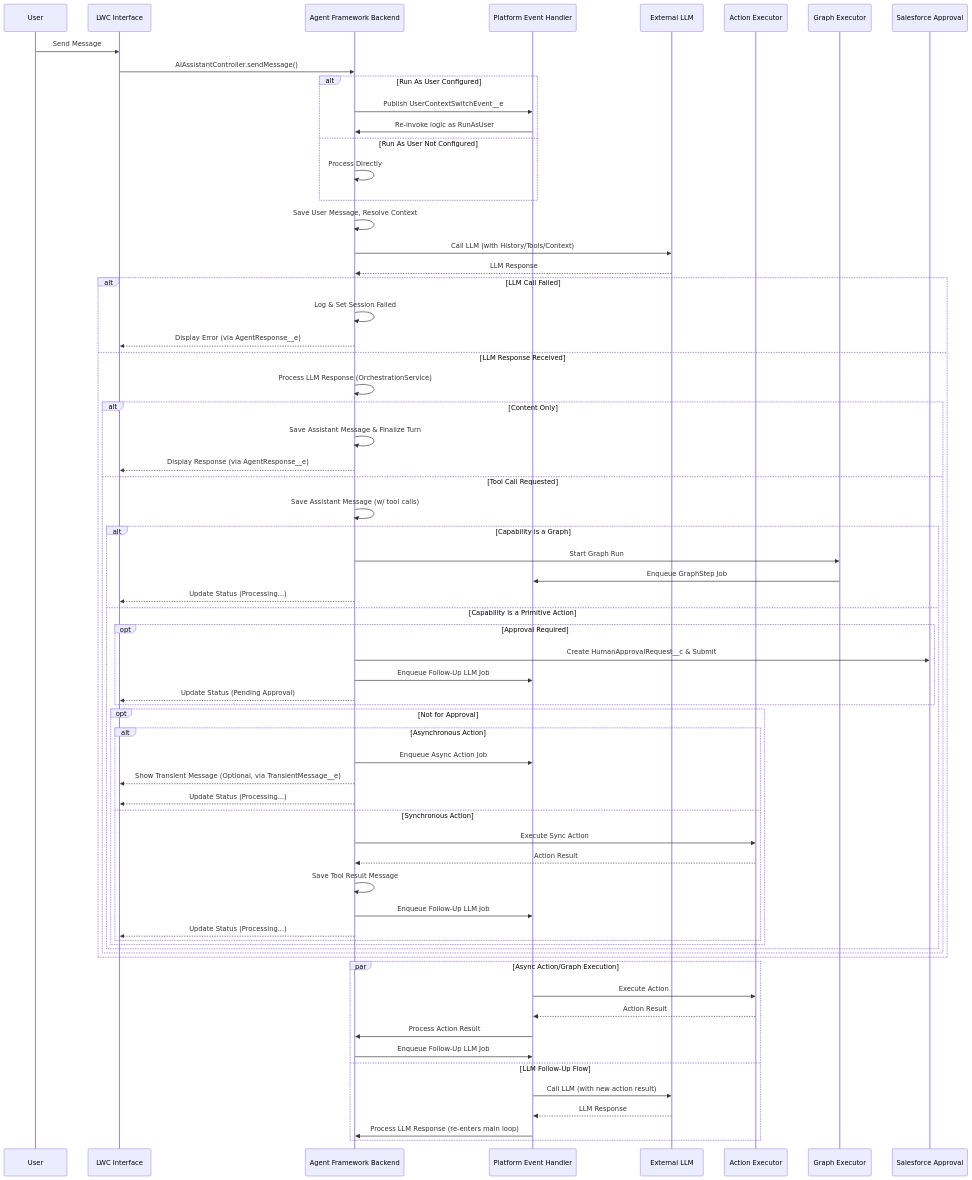
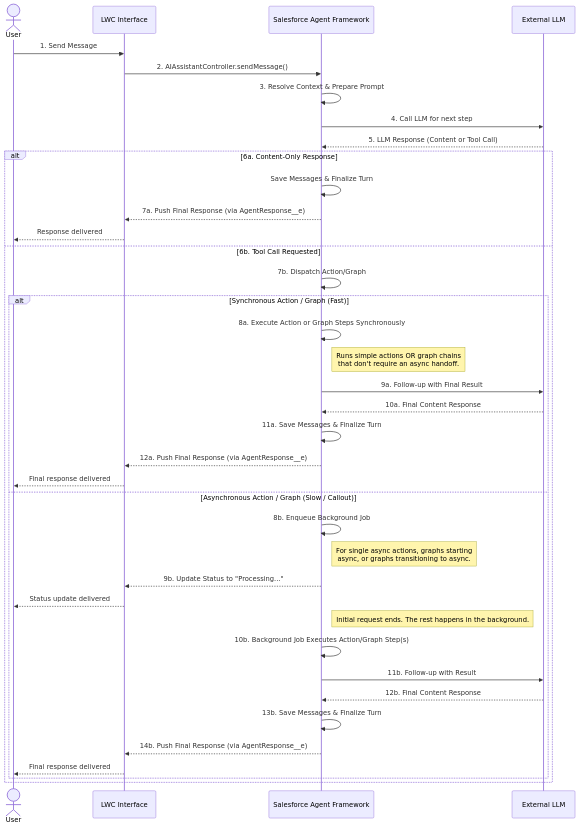
The diagram in README.md (iamsonal/aiAgentStudio), drawn with Mermaid before and after one commit. The commit also changed other lines of this file, not shown here.

````diff
--- a/README.md
+++ b/README.md
@@ -88,76 +120,45 @@
 ```mermaid
 sequenceDiagram
-    participant U as User
+    actor U as User
     participant UI as LWC Interface
-    participant Backend as Agent Framework Backend
-    participant PE_Handler as Platform Event Handler
+    participant SF as Salesforce Agent Framework
     participant LLM as External LLM
-    participant ActionExecutor as Action Executor
-    participant GraphExecutor as Graph Executor
-    participant ApprovalProcess as Salesforce Approval
-
-    U->>UI: Send Message
-    UI->>Backend: AIAssistantController.sendMessage()
     
-    alt Run As User Configured
-        Backend->>PE_Handler: Publish UserContextSwitchEvent__e
-        PE_Handler->>Backend: Re-invoke logic as RunAsUser
-    else Run As User Not Configured
-        Backend->>Backend: Process Directly
-    end
-
-    Backend->>Backend: Save User Message, Resolve Context
-    Backend->>LLM: Call LLM (with History/Tools/Context)
-    LLM-->>Backend: LLM Response
-
-    alt LLM Call Failed
-        Backend->>Backend: Log & Set Session Failed
-        Backend-->>UI: Display Error (via AgentResponse__e)
-    else LLM Response Received
-        Backend->>Backend: Process LLM Response (OrchestrationService)
-
-        alt Content Only
-            Backend->>Backend: Save Assistant Message & Finalize Turn
-            Backend-->>UI: Display Response (via AgentResponse__e)
-        else Tool Call Requested
-            Backend->>Backend: Save Assistant Message (w/ tool calls)
-
-            alt Capability is a Graph
-                Backend->>GraphExecutor: Start Graph Run
-                GraphExecutor->>PE_Handler: Enqueue GraphStep Job
-                Backend-->>UI: Update Status (Processing...)
-            else Capability is a Primitive Action
-                opt Approval Required
-                    Backend->>ApprovalProcess: Create HumanApprovalRequest__c & Submit
-                    Backend->>PE_Handler: Enqueue Follow-Up LLM Job
-                    Backend-->>UI: Update Status (Pending Approval)
-                end
-
-                opt Not for Approval
-                    alt Asynchronous Action
-                        Backend->>PE_Handler: Enqueue Async Action Job
-                        Backend-->>UI: Show Transient Message (Optional, via TransientMessage__e)
-                        Backend-->>UI: Update Status (Processing...)
-                    else Synchronous Action
-                        Backend->>ActionExecutor: Execute Sync Action
-                        ActionExecutor-->>Backend: Action Result
-                        Backend->>Backend: Save Tool Result Message
-                        Backend->>PE_Handler: Enqueue Follow-Up LLM Job
-                        Backend-->>UI: Update Status (Processing...)
-                    end
-                end
-            end
+    U->>UI: 1. Send Message
+    UI->>SF: 2. AIAssistantController.sendMessage()
+    SF->>SF: 3. Resolve Context & Prepare Prompt
+    SF->>LLM: 4. Call LLM for next step
+    LLM-->>SF: 5. LLM Response (Content or Tool Call)
+    
+    alt 6a. Content-Only Response
+        SF->>SF: Save Messages & Finalize Turn
+        SF-->>UI: 7a. Push Final Response (via AgentResponse__e)
+        UI-->>U: Response delivered
+    else 6b. Tool Call Requested
+        SF->>SF: 7b. Dispatch Action/Graph
+        
+        alt Synchronous Action / Graph (Fast)
+            SF->>SF: 8a. Execute Action or Graph Steps Synchronously
+            note right of SF: Runs simple actions OR graph chains<br/>that don't require an async handoff.
+            SF->>LLM: 9a. Follow-up with Final Result
+            LLM-->>SF: 10a. Final Content Response
+            SF->>SF: 11a. Save Messages & Finalize Turn
+            SF-->>UI: 12a. Push Final Response (via AgentResponse__e)
+            UI-->>U: Final response delivered
+        else Asynchronous Action / Graph (Slow / Callout)
+            SF->>SF: 8b. Enqueue Background Job
+            note right of SF: For single async actions, graphs starting<br/>async, or graphs transitioning to async.
+            SF-->>UI: 9b. Update Status to "Processing..."
+            UI-->>U: Status update delivered
+            
+            note right of SF: Initial request ends. The rest happens in the background.
+            
+            SF->>SF: 10b. Background Job Executes Action/Graph Step(s)
+            SF->>LLM: 11b. Follow-up with Result
+            LLM-->>SF: 12b. Final Content Response
+            SF->>SF: 13b. Save Messages & Finalize Turn
+            SF-->>UI: 14b. Push Final Response (via AgentResponse__e)
+            UI-->>U: Final response delivered
         end
     end
-
-    par Async Action/Graph Execution
-        PE_Handler->>ActionExecutor: Execute Action
-        ActionExecutor-->>PE_Handler: Action Result
-        PE_Handler->>Backend: Process Action Result
-        Backend->>PE_Handler: Enqueue Follow-Up LLM Job
-    and LLM Follow-Up Flow
-        PE_Handler->>LLM: Call LLM (with new action result)
-        LLM-->>PE_Handler: LLM Response
-        PE_Handler->>Backend: Process LLM Response (re-enters main loop)
-    end
 ```
````
